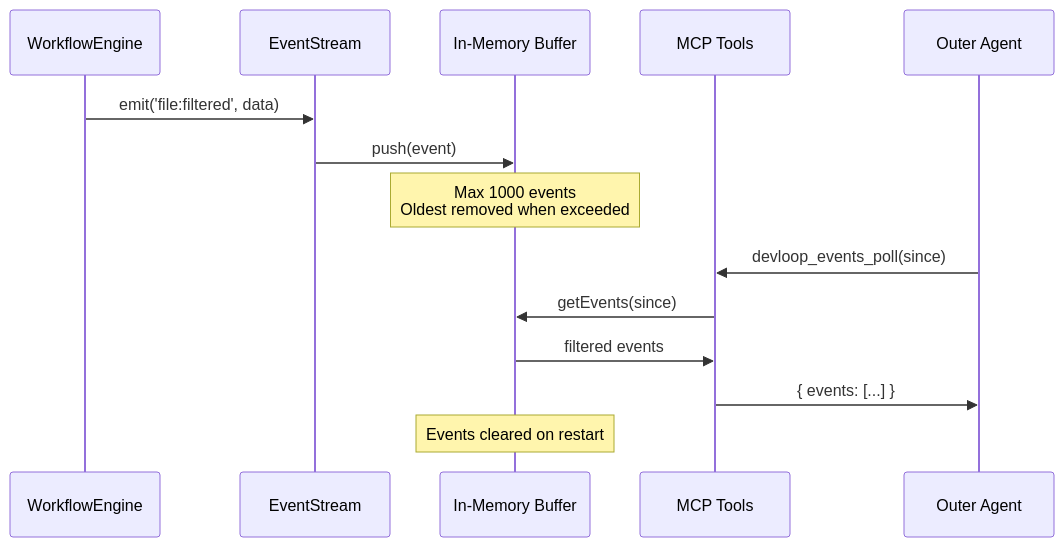
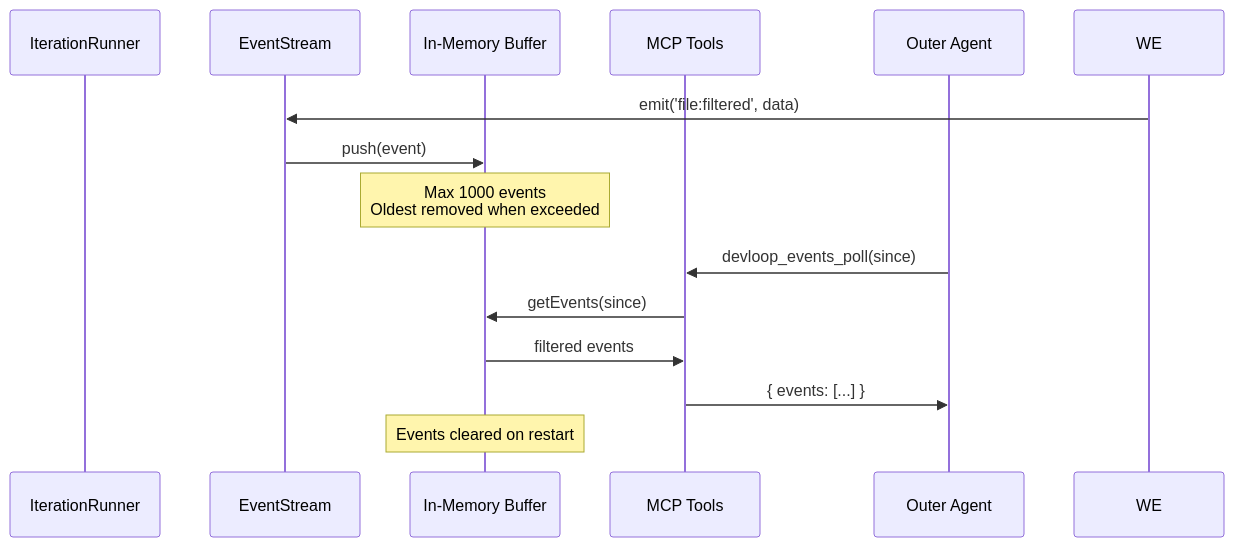
One commit to jienckebd/dev-loop changed the fourth of 5 diagrams in docs/contributing/EVENT_STREAMING.md. Above: the diagram before and after it, drawn with Mermaid. The commit also changed other lines of this file and 43 other files, not shown here.

````diff
--- a/docs/contributing/EVENT_STREAMING.md
+++ b/docs/contributing/EVENT_STREAMING.md
@@ -795,19 +795,19 @@
 ```mermaid
 sequenceDiagram
-    participant WE as WorkflowEngine
+    participant IR as IterationRunner
     participant ES as EventStream
     participant Buffer as In-Memory Buffer
     participant MCP as MCP Tools
     participant Agent as Outer Agent
 
     WE->>ES: emit('file:filtered', data)
     ES->>Buffer: push(event)
     Note over Buffer: Max 1000 events<br/>Oldest removed when exceeded
-    
+
     Agent->>MCP: devloop_events_poll(since)
     MCP->>Buffer: getEvents(since)
     Buffer->>MCP: filtered events
     MCP->>Agent: { events: [...] }
-    
+
     Note over Buffer: Events cleared on restart
 ```
````
